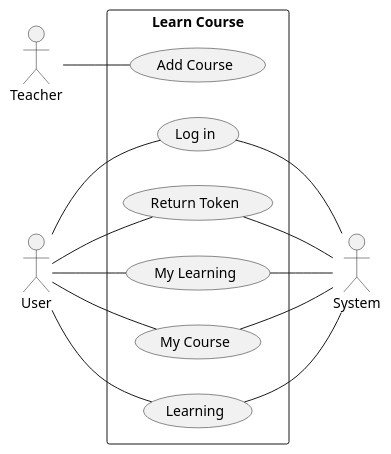
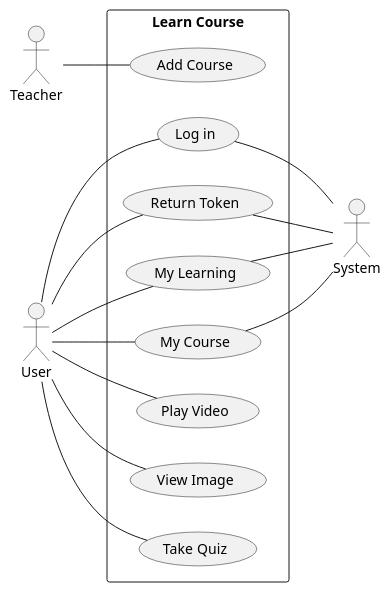
One commit to KMITLSuicide/KMITL-ObjectOrientedProgramming-Project changed the diagram in diagrams/use_case_diagram/learn_course.puml. Above: the diagram before and after it, drawn with PlantUML. The commit also changed 1 other file, not shown here.

Commit message:
fix: usecase2

```diff
--- a/diagrams/use_case_diagram/learn_course.puml
+++ b/diagrams/use_case_diagram/learn_course.puml
@@ -1,28 +1,32 @@
 @startuml search
 left to right direction
 actor Teacher as teacher
 actor System as system
 actor User as user
 rectangle "Learn Course" {
 
   usecase "Add Course" as UC1
   usecase "Log in" as UC2
   usecase "Return Token" as UC3
   usecase "My Learning" as UC4
   usecase "My Course" as UC5
-  usecase "Learning" as UC6
+  usecase "Play Video" as UC6
+  usecase "View Image" as UC7
+  usecase "Take Quiz" as UC8
 
  }
  teacher -- UC1
  user -- UC2
  UC2 -- system
  UC3 -- system
  user -- UC3
  user -- UC4
  system -- UC4
  user -- UC5
  UC5 -- system
  user -- UC6
- UC6 -- system
+'  UC6 -- system
+ user -- UC7
+ user -- UC8
 
 @enduml
```
